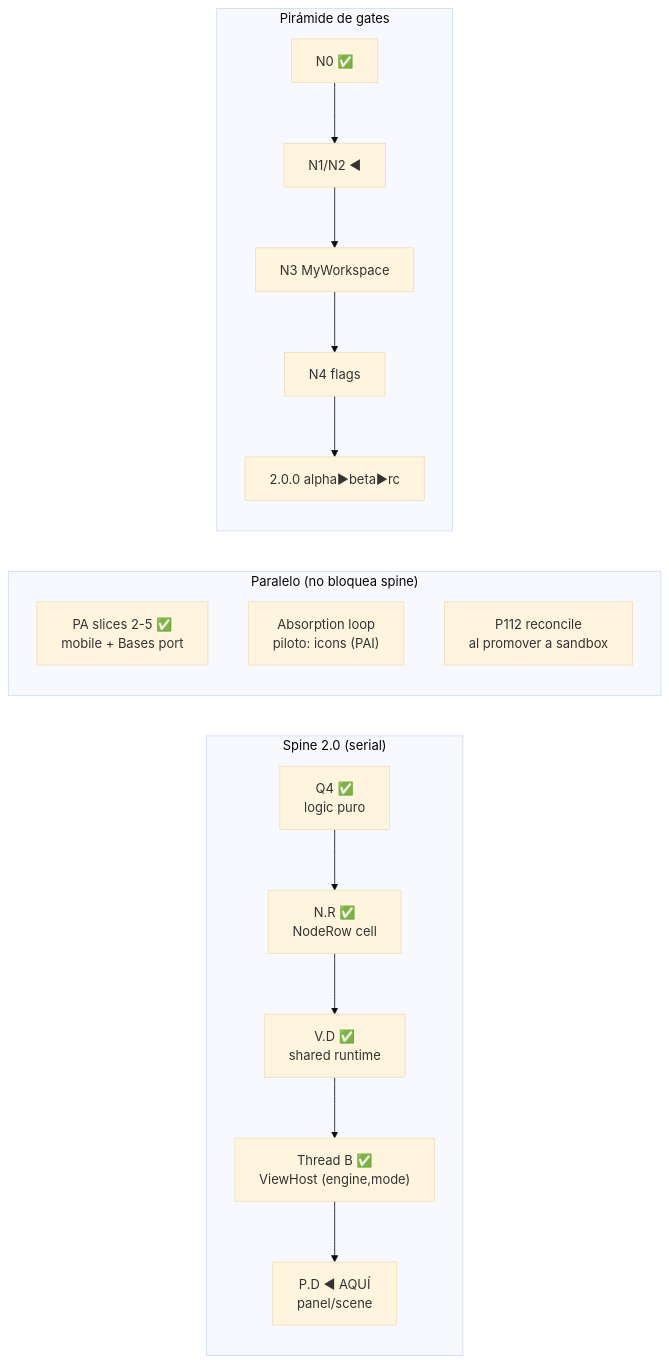
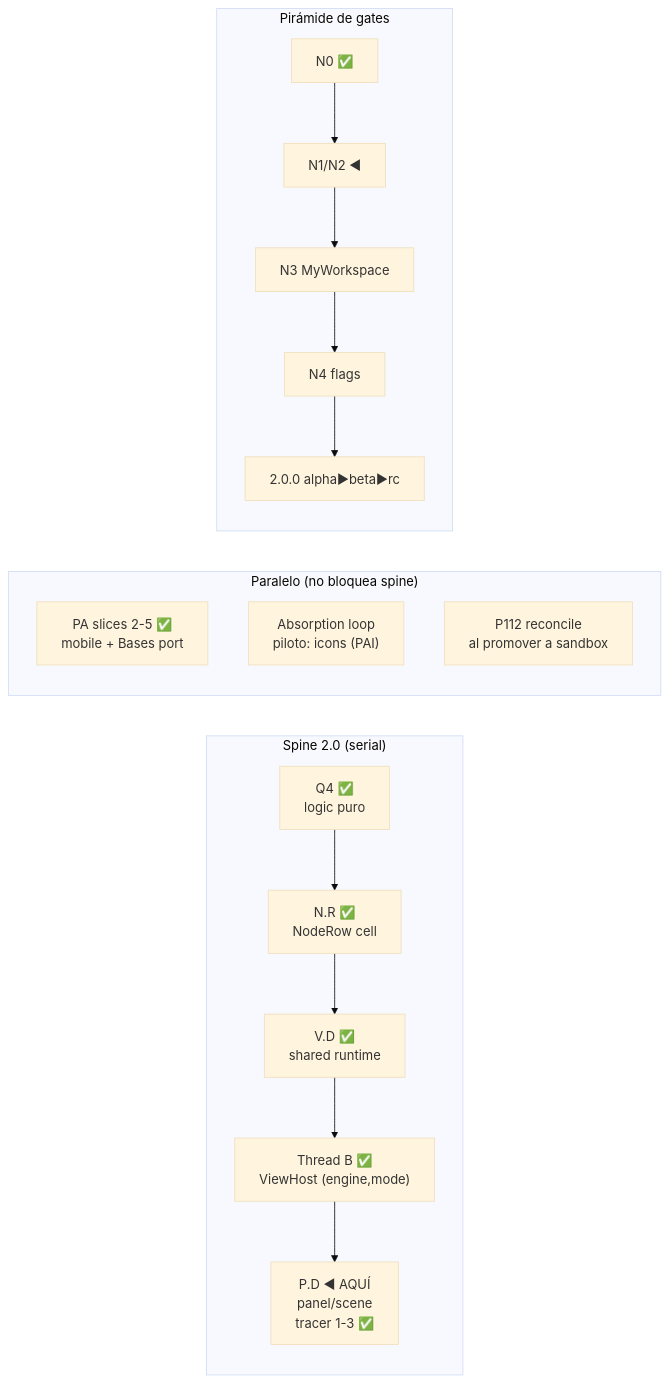
Before and after one commit to Meibbo/Vaultman: the diagram in .agents/docs/current/norte.md, drawn with Mermaid (base theme). The commit also changed other lines of this file and 5 other files, not shown here.

````diff
--- a/.agents/docs/current/norte.md
+++ b/.agents/docs/current/norte.md
@@ -50,14 +52,14 @@
 ```mermaid
 flowchart LR
     subgraph SPINE["Spine 2.0 (serial)"]
-        Q4["Q4 ✅<br/>logic puro"] --> NR["N.R ✅<br/>NodeRow cell"] --> VD["V.D ✅<br/>shared runtime"] --> TB["Thread B ✅<br/>ViewHost (engine,mode)"] --> PD["P.D ◀ AQUÍ<br/>panel/scene"]
+        Q4["Q4 ✅<br/>logic puro"] --> NR["N.R ✅<br/>NodeRow cell"] --> VD["V.D ✅<br/>shared runtime"] --> TB["Thread B ✅<br/>ViewHost (engine,mode)"] --> PD["P.D ◀ AQUÍ<br/>panel/scene<br/>tracer 1-3 ✅"]
     end
     subgraph PAR["Paralelo (no bloquea spine)"]
         PA["PA slices 2-5 ✅<br/>mobile + Bases port"]
         PAI["Absorption loop<br/>piloto: icons (PAI)"]
         P112["P112 reconcile<br/>al promover a sandbox"]
     end
     subgraph PYR["Pirámide de gates"]
         N0["N0 ✅"] --> N1["N1/N2 ◀"] --> N3["N3 MyWorkspace"] --> N4["N4 flags"] --> R["2.0.0 alpha▶beta▶rc"]
     end
 ```
````
